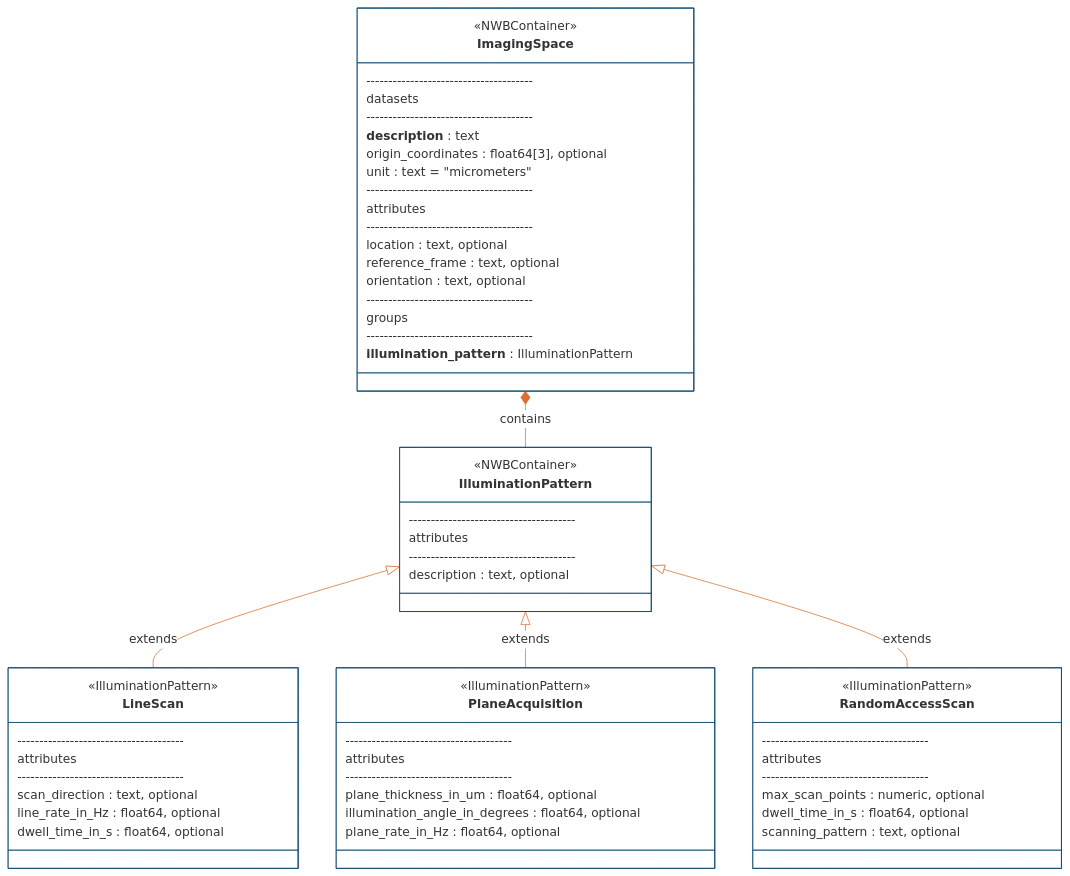
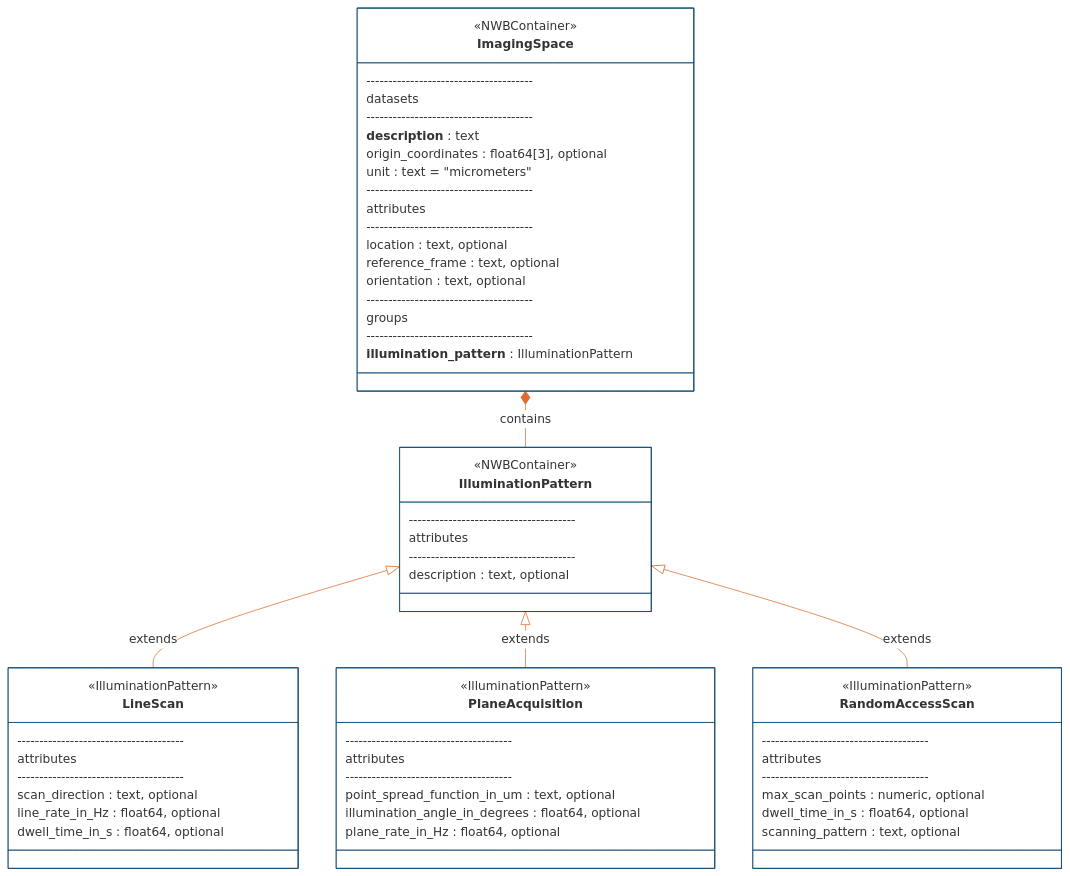
The second of 4 diagrams in README.md (catalystneuro/ndx-microscopy), drawn with Mermaid before and after one commit. The commit also changed 7 other files, not shown here.

Commit message:
Update PlaneAcquisition attribute from plane_thickness_in_um to point_spread_function_in_um across documentation and tests (#60)

````diff
--- a/README.md
+++ b/README.md
@@ -203,69 +203,69 @@
 ```mermaid
 %%{init: {'theme': 'base', 'themeVariables': {'primaryColor': '#ffffff', 'primaryBorderColor': '#144E73', 'lineColor': '#D96F32'}}}%%
 
 classDiagram
     direction TB
 
     class IlluminationPattern {
         <<NWBContainer>>
         --------------------------------------
         attributes
         --------------------------------------
         description : text, optional
     }
 
     class LineScan {
         <<IlluminationPattern>>
         --------------------------------------
         attributes
         --------------------------------------
         scan_direction : text, optional
         line_rate_in_Hz : float64, optional
         dwell_time_in_s : float64, optional
     }
 
     class PlaneAcquisition {
         <<IlluminationPattern>>
         --------------------------------------
         attributes
         --------------------------------------
-        plane_thickness_in_um : float64, optional
+        point_spread_function_in_um : text, optional
         illumination_angle_in_degrees : float64, optional
         plane_rate_in_Hz : float64, optional
     }
 
     class RandomAccessScan {
         <<IlluminationPattern>>
         --------------------------------------
         attributes
         --------------------------------------
         max_scan_points : numeric, optional
         dwell_time_in_s : float64, optional
         scanning_pattern : text, optional
     }
 
     class ImagingSpace {
         <<NWBContainer>>
         --------------------------------------
         datasets
         --------------------------------------
         **description** : text
         origin_coordinates : float64[3], optional
         unit : text = "micrometers"
         --------------------------------------
         attributes
         --------------------------------------
         location : text, optional
         reference_frame : text, optional
         orientation : text, optional
         --------------------------------------
         groups
         --------------------------------------
         **illumination_pattern** : IlluminationPattern
     }
 
     IlluminationPattern <|-- LineScan : extends
     IlluminationPattern <|-- PlaneAcquisition : extends
     IlluminationPattern <|-- RandomAccessScan : extends
     ImagingSpace *-- IlluminationPattern : contains
 ```
````
